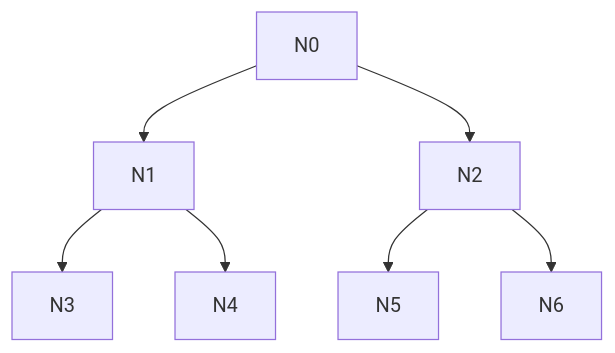
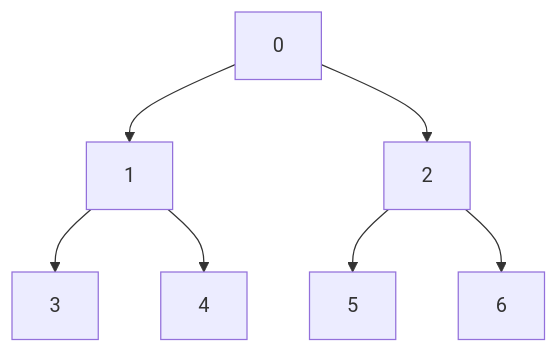
Before and after one commit to mtkimmins/LTSDM_hack: the diagram in a1800_huffman.md, drawn with Mermaid.

````diff
--- a/a1800_huffman.md
+++ b/a1800_huffman.md
@@ -25,9 +25,9 @@
 ```mermaid
 graph TD;
-    N0-->N1;
-    N0-->N2;
-    N1-->N3;
-    N1-->N4;
-    N2-->N5;
-    N2-->N6;
+    0-->1;
+    0-->2;
+    1-->3;
+    1-->4;
+    2-->5;
+    2-->6;
 ```
````
